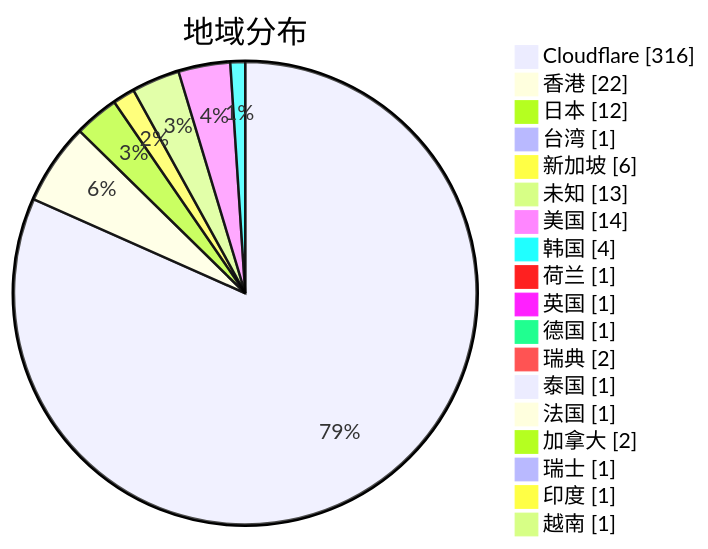
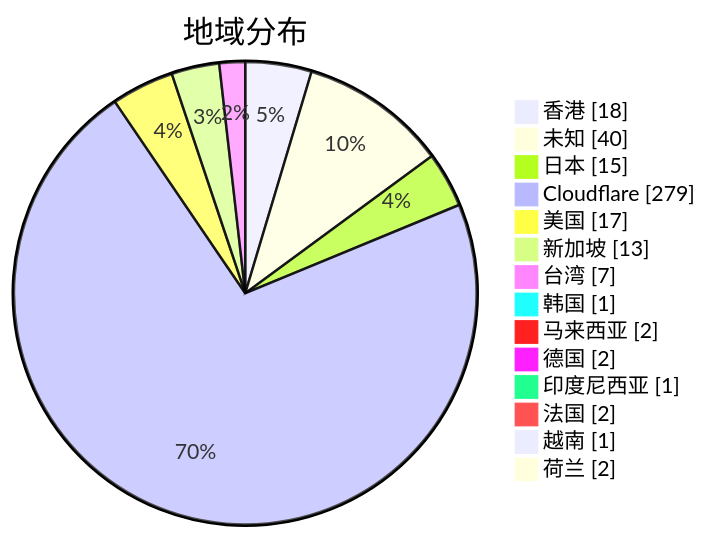
Before and after one commit to qjlxg/airport: the second of 3 diagrams in subs/statistics/tested_within.md, drawn with Mermaid. The commit also changed other lines of this file and 2 other files, not shown here.

Commit message:
Tested by metaST

````diff
--- a/subs/statistics/tested_within.md
+++ b/subs/statistics/tested_within.md
@@ -15,22 +14,18 @@
 ```mermaid
 pie showData
 title 地域分布
-"Cloudflare" : 316
-"香港" : 22
-"日本" : 12
-"台湾" : 1
-"新加坡" : 6
-"未知" : 13
-"美国" : 14
-"韩国" : 4
-"荷兰" : 1
-"英国" : 1
-"德国" : 1
-"瑞典" : 2
-"泰国" : 1
-"法国" : 1
-"加拿大" : 2
-"瑞士" : 1
-"印度" : 1
+"香港" : 18
+"未知" : 40
+"日本" : 15
+"Cloudflare" : 279
+"美国" : 17
+"新加坡" : 13
+"台湾" : 7
+"韩国" : 1
+"马来西亚" : 2
+"德国" : 2
+"印度尼西亚" : 1
+"法国" : 2
 "越南" : 1
+"荷兰" : 2
 ```
````
